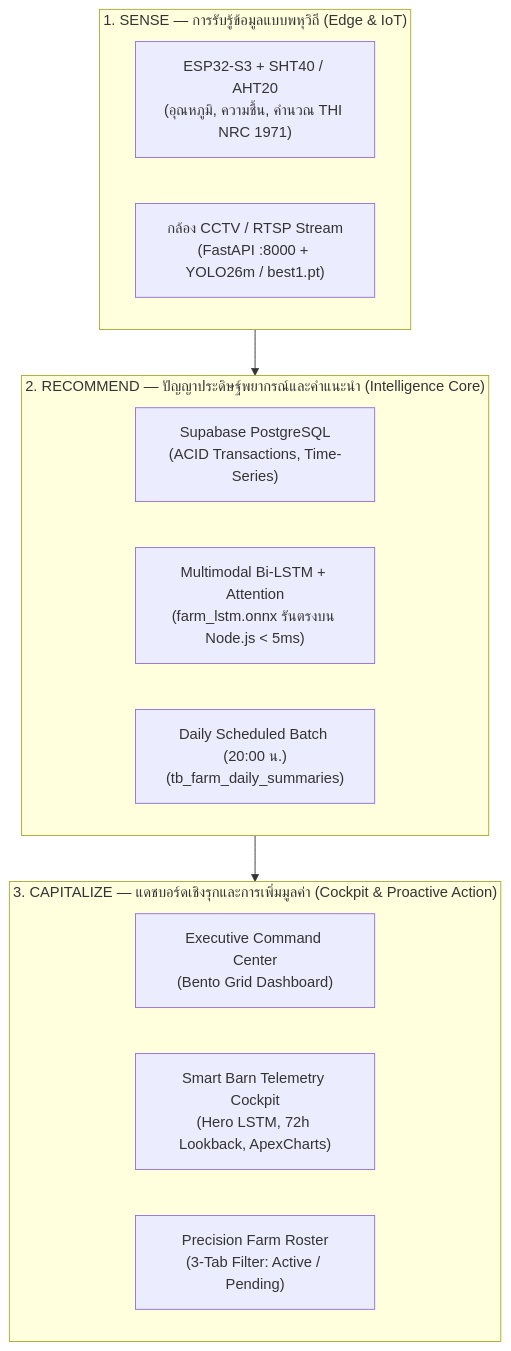
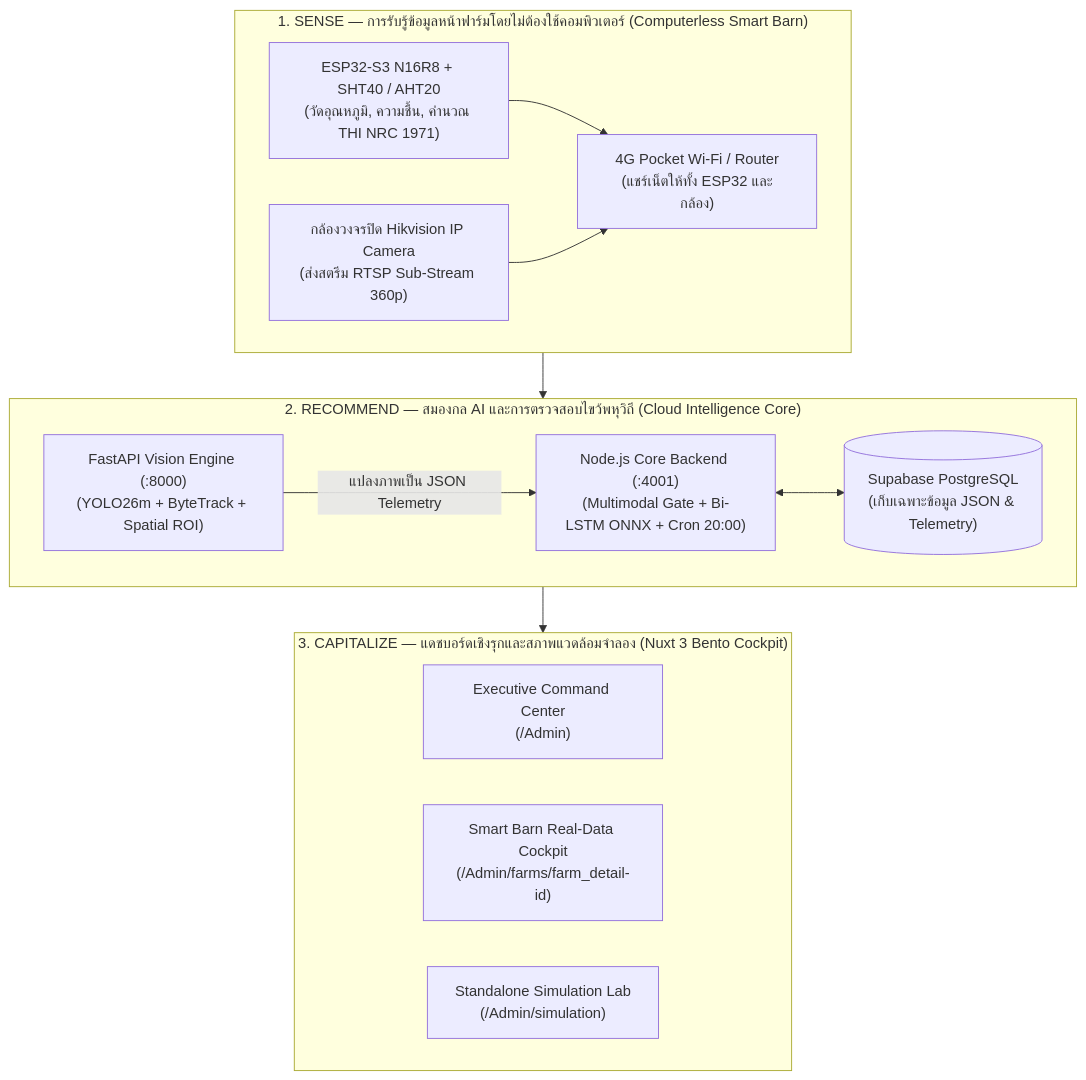
One commit to peetph22-ship-it/Cow_detect changed the diagram in README.md. Above: the diagram before and after it, drawn with Mermaid. The commit also changed other lines of this file and 129 other files, not shown here.

````diff
--- a/README.md
+++ b/README.md
@@ -50,25 +48,30 @@
 ```mermaid
 flowchart TD
-    subgraph Layer1["1. SENSE — การรับรู้ข้อมูลแบบพหุวิถี (Edge & IoT)"]
+    subgraph Layer1["1. SENSE — การรับรู้ข้อมูลหน้าฟาร์มโดยไม่ต้องใช้คอมพิวเตอร์ (Computerless Smart Barn)"]
         direction LR
-        S1["ESP32-S3 + SHT40 / AHT20<br/>(อุณหภูมิ, ความชื้น, คำนวณ THI NRC 1971)"]
-        S2["กล้อง CCTV / RTSP Stream<br/>(FastAPI :8000 + YOLO26m / best1.pt)"]
+        S1["ESP32-S3 N16R8 + SHT40 / AHT20<br/>(วัดอุณหภูมิ, ความชื้น, คำนวณ THI NRC 1971)"]
+        S2["กล้องวงจรปิด Hikvision IP Camera<br/>(ส่งสตรีม RTSP Sub-Stream 360p)"]
+        WIFI["4G Pocket Wi-Fi / Router<br/>(แชร์เน็ตให้ทั้ง ESP32 และกล้อง)"]
+        S1 --> WIFI
+        S2 --> WIFI
     end
 
-    subgraph Layer2["2. RECOMMEND — ปัญญาประดิษฐ์พยากรณ์และคำแนะนำ (Intelligence Core)"]
+    subgraph Layer2["2. RECOMMEND — สมองกล AI และการตรวจสอบไขว้พหุวิถี (Cloud Intelligence Core)"]
         direction LR
-        A1["Supabase PostgreSQL<br/>(ACID Transactions, Time-Series)"]
-        A2["Multimodal Bi-LSTM + Attention<br/>(farm_lstm.onnx รันตรงบน Node.js < 5ms)"]
-        A3["Daily Scheduled Batch (20:00 น.)<br/>(tb_farm_daily_summaries)"]
+        FAST["FastAPI Vision Engine (:8000)<br/>(YOLO26m + ByteTrack + Spatial ROI)"]
+        NODE["Node.js Core Backend (:4001)<br/>(Multimodal Gate + Bi-LSTM ONNX + Cron 20:00)"]
+        DB[("Supabase PostgreSQL<br/>(เก็บเฉพาะข้อมูล JSON & Telemetry)")]
+        FAST -->|แปลงภาพเป็น JSON Telemetry| NODE
+        NODE <--> DB
     end
 
-    subgraph Layer3["3. CAPITALIZE — แดชบอร์ดเชิงรุกและการเพิ่มมูลค่า (Cockpit & Proactive Action)"]
+    subgraph Layer3["3. CAPITALIZE — แดชบอร์ดเชิงรุกและสภาพแวดล้อมจำลอง (Nuxt 3 Bento Cockpit)"]
         direction LR
-        D1["Executive Command Center<br/>(Bento Grid Dashboard)"]
-        D2["Smart Barn Telemetry Cockpit<br/>(Hero LSTM, 72h Lookback, ApexCharts)"]
-        D3["Precision Farm Roster<br/>(3-Tab Filter: Active / Pending)"]
+        D1["Executive Command Center<br/>(/Admin)"]
+        D2["Smart Barn Real-Data Cockpit<br/>(/Admin/farms/farm_detail-id)"]
+        D3["Standalone Simulation Lab<br/>(/Admin/simulation)"]
     end
 
-    Layer1 --> Layer2
+    WIFI --> Layer2
     Layer2 --> Layer3
 ```
````
